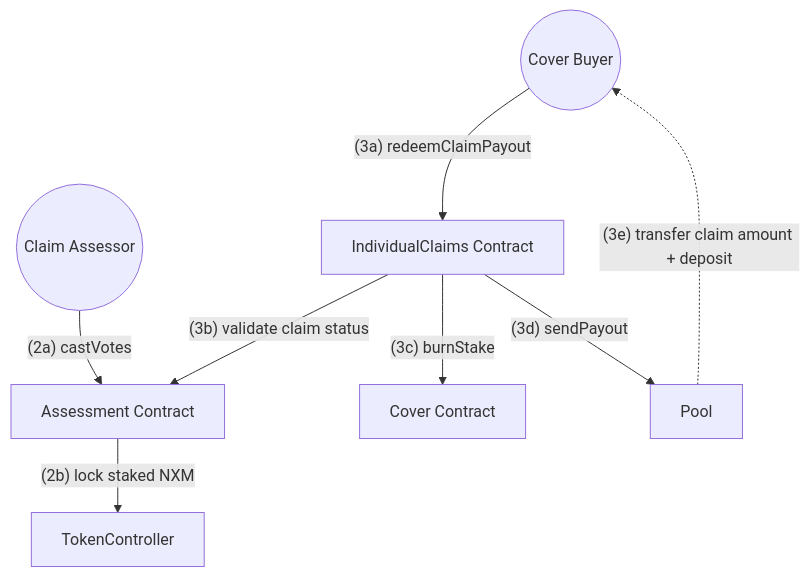
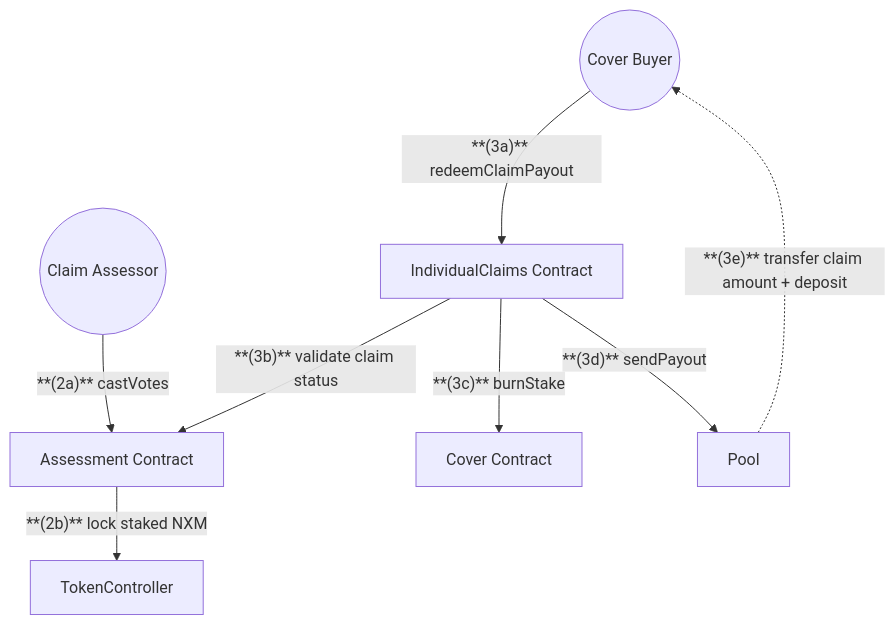
The second of 2 diagrams in docs/diagrams/contracts/claims-assessment.md (NexusMutual/smart-contracts), drawn with Mermaid before and after one commit. The commit also changed other lines of this file and 9 other files, not shown here.

Commit message:
docs: update diagrams docs

````diff
--- a/docs/diagrams/contracts/claims-assessment.md
+++ b/docs/diagrams/contracts/claims-assessment.md
@@ -25,24 +25,24 @@
 ```mermaid
 graph TD
     %% Users
     Member(("Cover Buyer"))
     Assessor(("Claim Assessor"))
 
     %% Contracts
     IndividualClaims["IndividualClaims Contract"]
     Assessment["Assessment Contract"]
     Cover["Cover Contract"]
     TokenController["TokenController"]
     Pool["Pool"]
 
     %% Assessment Process
-    Assessor -->|"(2a) castVotes"| Assessment
-    Assessment -->|"(2b) lock staked NXM"| TokenController
+    Assessor -->|"**(2a)** castVotes"| Assessment
+    Assessment -->|"**(2b)** lock staked NXM"| TokenController
 
     %% Claim Payout
-    Member -->|"(3a) redeemClaimPayout"| IndividualClaims
-    IndividualClaims -->|"(3b) validate claim status"| Assessment
-    IndividualClaims -->|"(3c) burnStake"| Cover
-    IndividualClaims -->|"(3d) sendPayout"| Pool
-    Pool -.->|"(3e) transfer claim amount + deposit"| Member
+    Member -->|"**(3a)** redeemClaimPayout"| IndividualClaims
+    IndividualClaims -->|"**(3b)** validate claim status"| Assessment
+    IndividualClaims -->|"**(3c)** burnStake"| Cover
+    IndividualClaims -->|"**(3d)** sendPayout"| Pool
+    Pool -.->|"**(3e)** transfer claim amount + deposit"| Member
 ```
````
